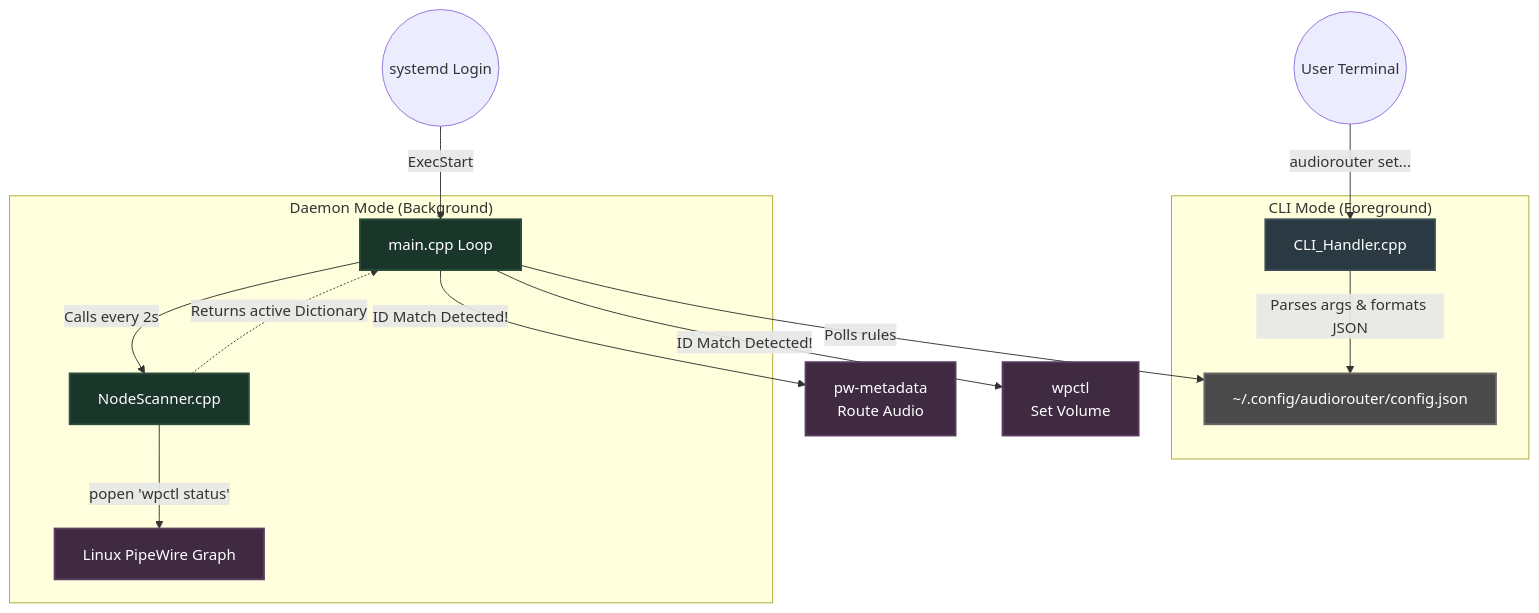
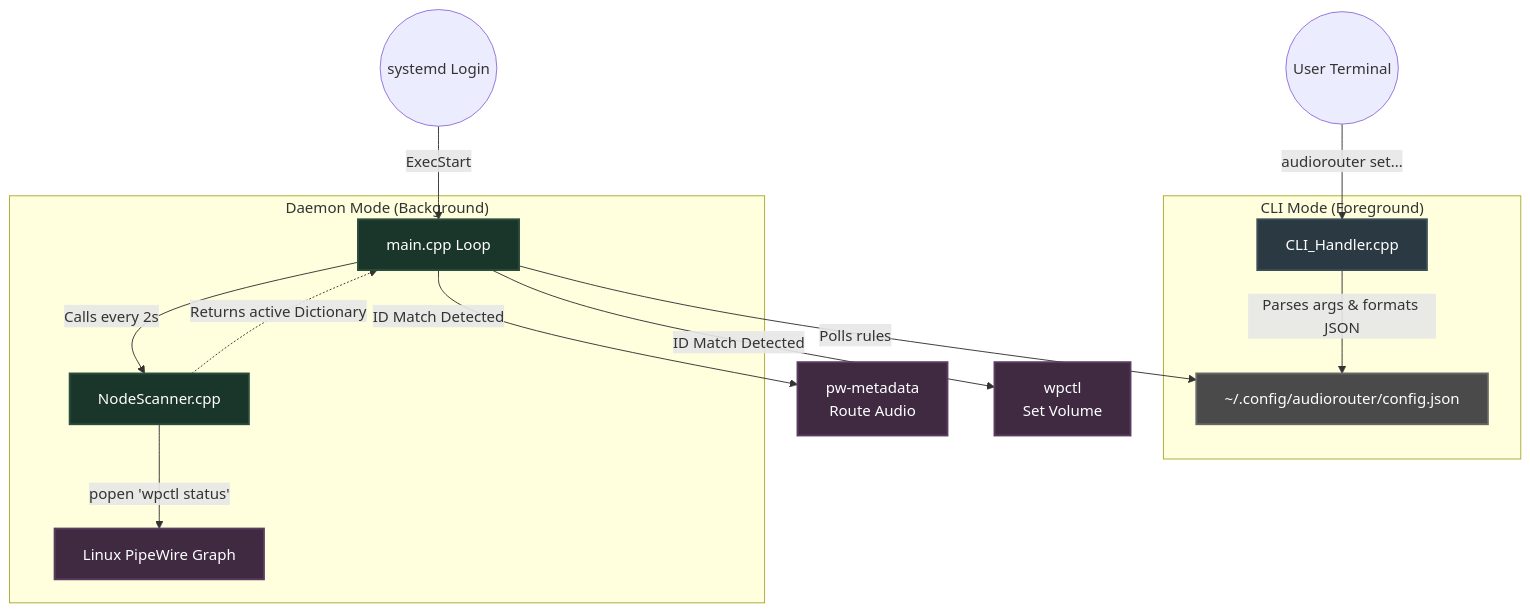
The diagram in README.md (Sunraku28/PipeWire-Daemon), drawn with Mermaid before and after one commit. The commit also changed other lines of this file, not shown here.

Commit message:
readme updated

````diff
--- a/README.md
+++ b/README.md
@@ -25,28 +25,28 @@
 ```mermaid
 graph TD
     %% Styling
     classDef cli fill:#2b3a42,stroke:#3b4d56,stroke-width:2px,color:#fff
     classDef daemon fill:#1a362a,stroke:#2a4d3c,stroke-width:2px,color:#fff
     classDef sys fill:#3f2a42,stroke:#5a3c5e,stroke-width:2px,color:#fff
     classDef file fill:#4a4a4a,stroke:#666,stroke-width:2px,color:#fff
 
     %% User Input
     User((User Terminal)) --> |audiorouter set...| CLI
     Boot((systemd Login)) --> |ExecStart| Daemon
 
     %% Modules
     subgraph "CLI Mode (Foreground)"
         CLI[CLI_Handler.cpp]:::cli --> |Parses args & formats JSON| Config[~/.config/audiorouter/config.json]:::file
     end
 
     subgraph "Daemon Mode (Background)"
         Daemon[main.cpp Loop]:::daemon --> |Polls rules| Config
         Daemon --> |Calls every 2s| Scanner[NodeScanner.cpp]:::daemon
         Scanner --> |popen 'wpctl status'| PipeWire[Linux PipeWire Graph]:::sys
         Scanner -.-> |Returns active Dictionary| Daemon
     end
 
     %% Execution
-    Daemon --> |ID Match Detected!| Route[pw-metadata <br/> Route Audio]:::sys
-    Daemon --> |ID Match Detected!| Vol[wpctl <br/> Set Volume]:::sys 
+    Daemon --> |ID Match Detected| Route[pw-metadata <br/> Route Audio]:::sys
+    Daemon --> |ID Match Detected| Vol[wpctl <br/> Set Volume]:::sys 
 ```
````
